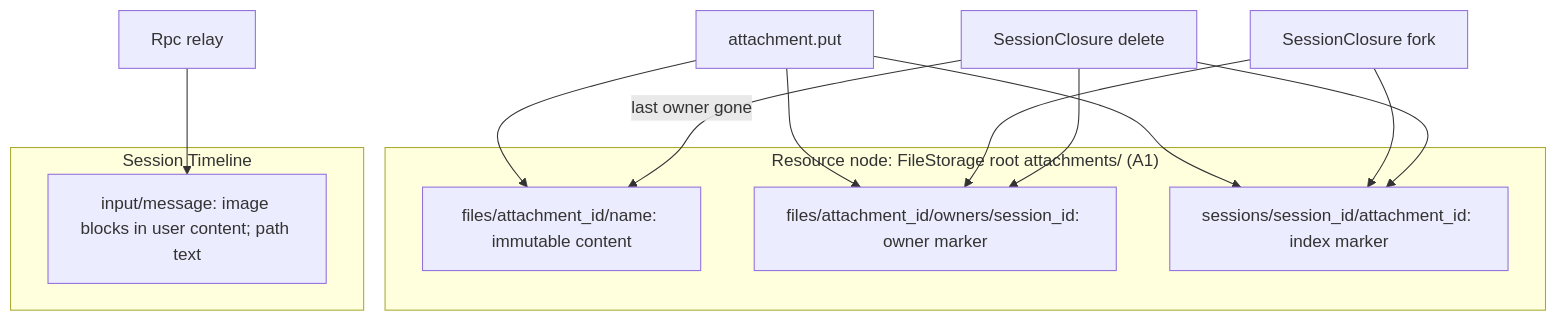
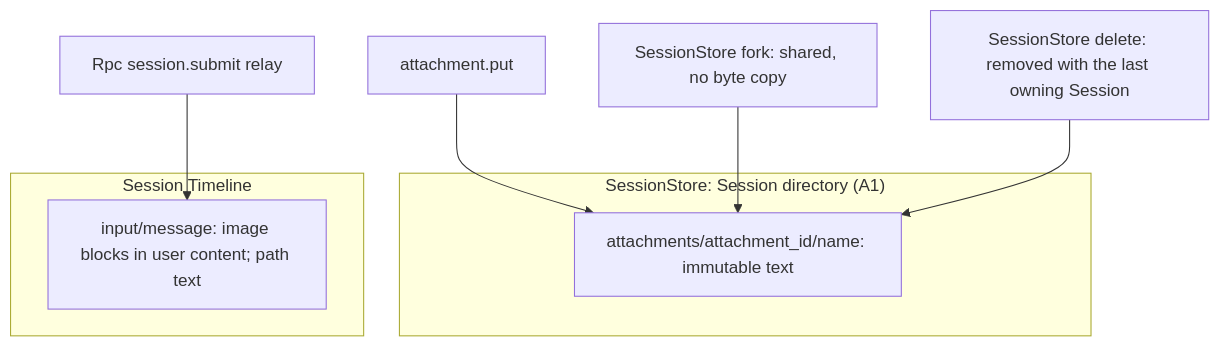
One commit to CoutinhoTTS/dim-agent changed the second of 4 diagrams in docs/design/plugins/Attachments.md. Above: the diagram before and after it, drawn with Mermaid. The commit also changed other lines of this file and 3 other files, not shown here.

````diff
--- a/docs/design/plugins/Attachments.md
+++ b/docs/design/plugins/Attachments.md
@@ -50,20 +39,13 @@
 ```mermaid
 flowchart TB
-  subgraph NODE["Resource node: FileStorage root attachments/ (A1)"]
-    F["files/attachment_id/name: immutable content"]
-    O["files/attachment_id/owners/session_id: owner marker"]
-    X["sessions/session_id/attachment_id: index marker"]
+  subgraph SSD["SessionStore: Session directory (A1)"]
+    F["attachments/attachment_id/name: immutable text"]
   end
   subgraph TL["Session Timeline"]
     IM["input/message: image blocks in user content; path text"]
   end
   PUT["attachment.put"] --> F
-  PUT --> O
-  PUT --> X
-  FORK["SessionClosure fork"] --> O
-  FORK --> X
-  DEL["SessionClosure delete"] --> O
-  DEL --> X
-  DEL -- "last owner gone" --> F
-  RPCW["Rpc relay"] --> IM
+  FORK["SessionStore fork: shared, no byte copy"] --> F
+  DEL["SessionStore delete: removed with the last owning Session"] --> F
+  SUB["Rpc session.submit relay"] --> IM
 ```
````
